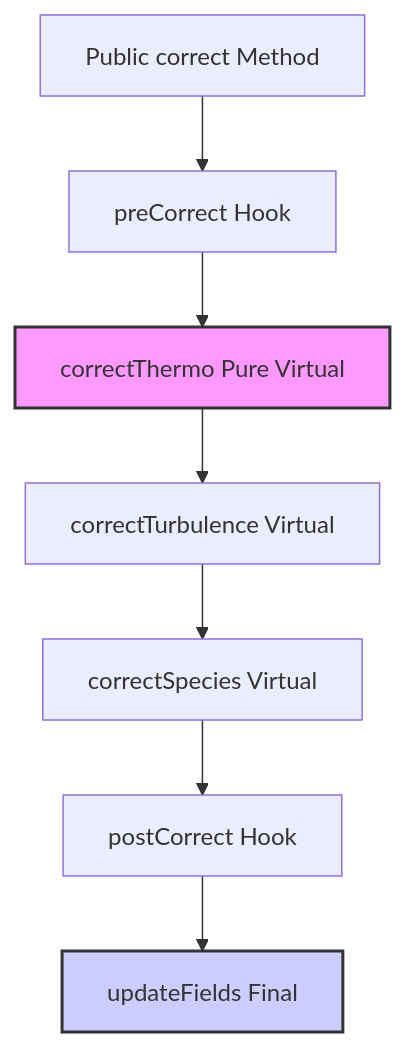
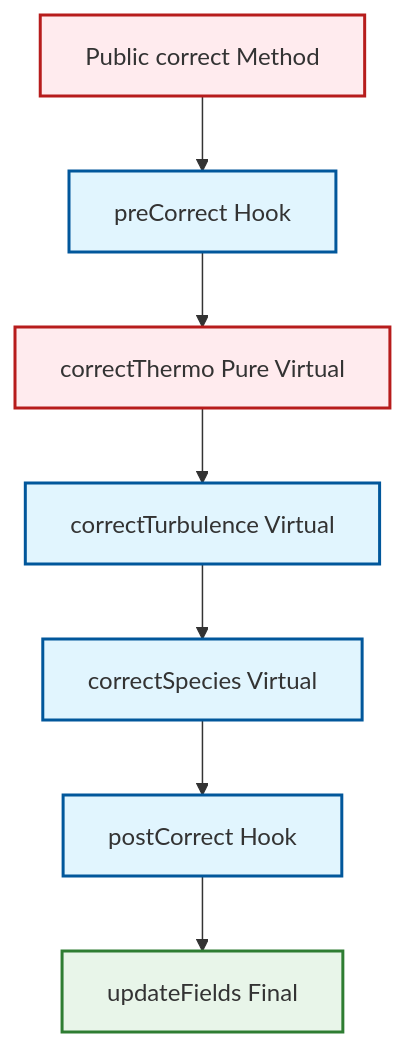
The diagram in MODULE_09_ADVANCED_TOPICS/CONTENT/02_INHERITANCE_POLYMORPHISM/05_Design_Patterns_in_Physics.md (wramet/build-my-cfd), drawn with Mermaid before and after one commit. The commit also changed 313 other files, not shown here.

Commit message:
Revise all diagram

````diff
--- a/MODULE_09_ADVANCED_TOPICS/CONTENT/02_INHERITANCE_POLYMORPHISM/05_Design_Patterns_in_Physics.md
+++ b/MODULE_09_ADVANCED_TOPICS/CONTENT/02_INHERITANCE_POLYMORPHISM/05_Design_Patterns_in_Physics.md
@@ -178,12 +178,12 @@
 ```mermaid
 graph TD
-    A[Public correct Method] --> B[preCorrect Hook]
-    B --> C[correctThermo Pure Virtual]
-    C --> D[correctTurbulence Virtual]
-    D --> E[correctSpecies Virtual]
-    E --> F[postCorrect Hook]
-    F --> G[updateFields Final]
-
-    style C fill:#f9f,stroke:#333,stroke-width:2px
-    style G fill:#ccf,stroke:#333,stroke-width:2px
+classDef implicit fill:#e1f5fe,stroke:#01579b,stroke-width:2px
+classDef explicit fill:#ffebee,stroke:#b71c1c,stroke-width:2px
+classDef success fill:#e8f5e9,stroke:#2e7d32,stroke-width:2px
+A[Public correct Method]:::explicit --> B[preCorrect Hook]:::implicit
+B --> C[correctThermo Pure Virtual]:::explicit
+C --> D[correctTurbulence Virtual]:::implicit
+D --> E[correctSpecies Virtual]:::implicit
+E --> F[postCorrect Hook]:::implicit
+F --> G[updateFields Final]:::success
 ```
````
